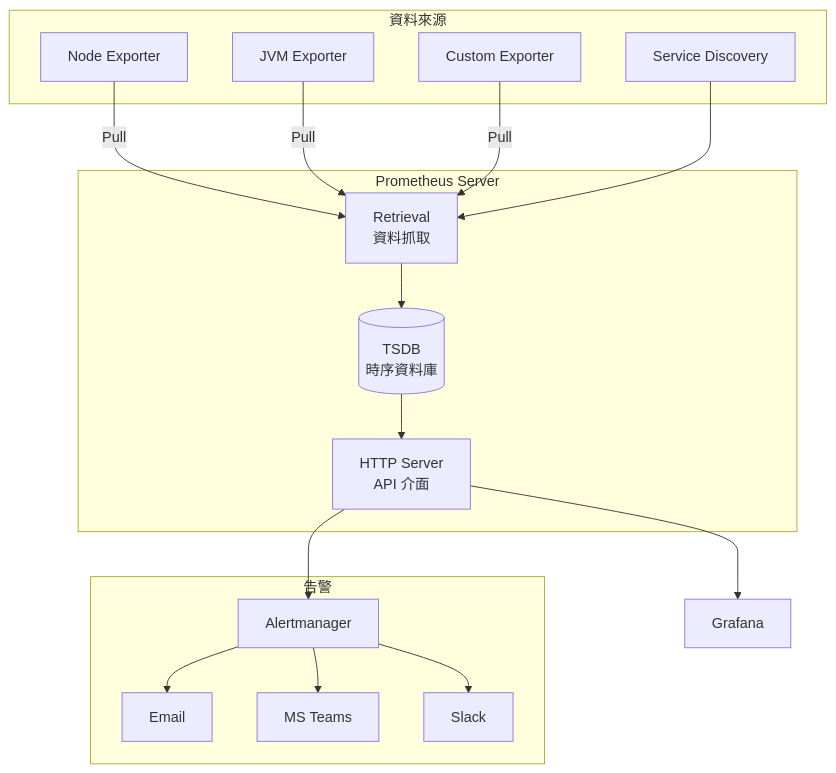
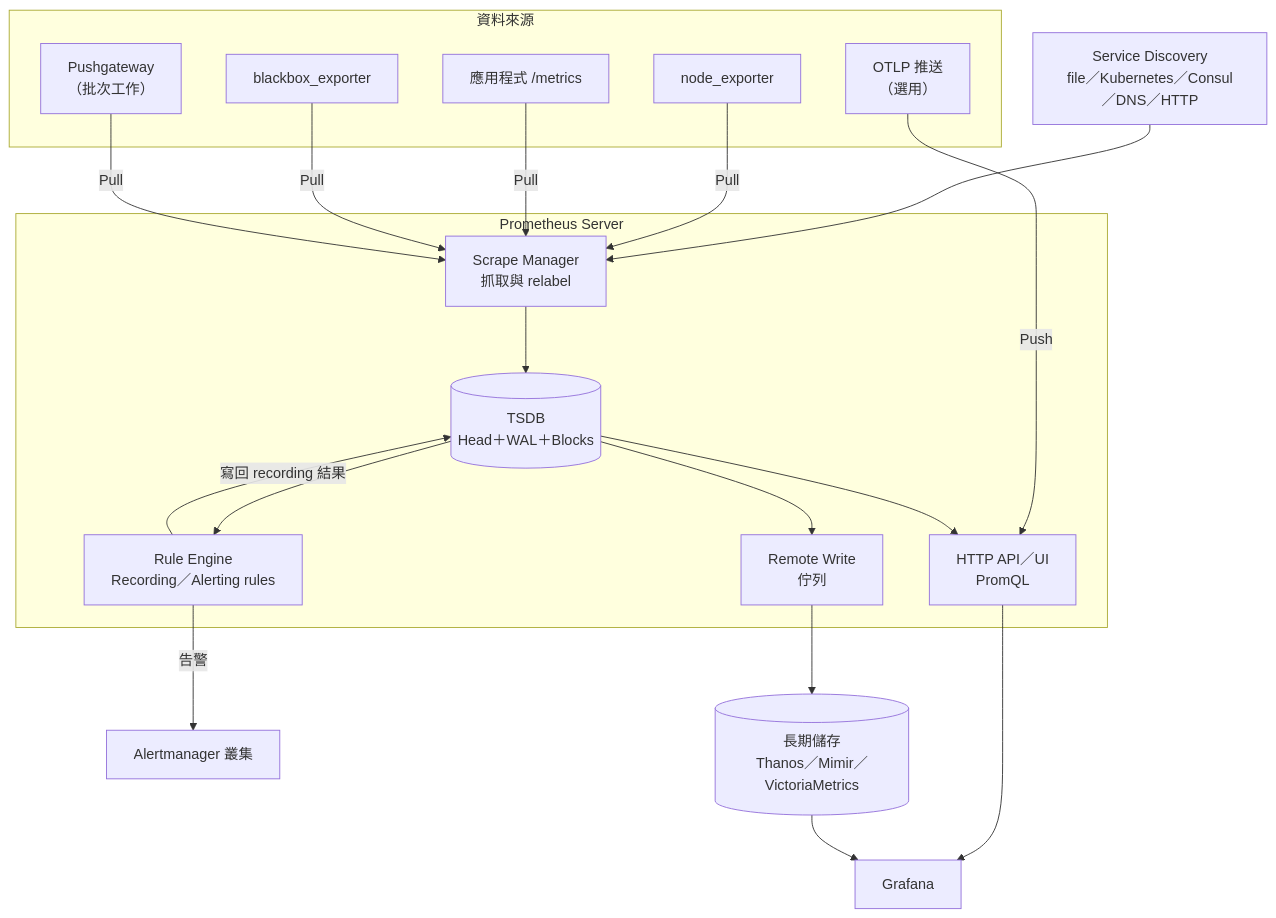
Before and after one commit to chihhung/Blog: the third of 24 diagrams in content/posts/教學/工具/Prometheus與Grafana教學手冊.md, drawn with Mermaid. The commit also changed other lines of this file and 8 other files, not shown here.

````diff
--- a/content/posts/教學/工具/Prometheus與Grafana教學手冊.md
+++ b/content/posts/教學/工具/Prometheus與Grafana教學手冊.md
@@ -206,32 +410,37 @@
 ```mermaid
-graph TB
-    subgraph "Prometheus Server"
-        R[Retrieval<br/>資料抓取]
-        TSDB[(TSDB<br/>時序資料庫)]
-        HTTP[HTTP Server<br/>API 介面]
-        R --> TSDB
-        TSDB --> HTTP
+flowchart TB
+    subgraph Sources["資料來源"]
+        E1["node_exporter"]
+        E2["應用程式 /metrics"]
+        E3["blackbox_exporter"]
+        PG["Pushgateway<br/>（批次工作）"]
+        OT["OTLP 推送<br/>（選用）"]
     end
-    
-    subgraph "資料來源"
-        E1[Node Exporter]
-        E2[JVM Exporter]
-        E3[Custom Exporter]
-        SD[Service Discovery]
+    SD["Service Discovery<br/>file／Kubernetes／Consul／DNS／HTTP"]
+    subgraph Server["Prometheus Server"]
+        SM["Scrape Manager<br/>抓取與 relabel"]
+        TSDB[("TSDB<br/>Head＋WAL＋Blocks")]
+        RE["Rule Engine<br/>Recording／Alerting rules"]
+        API["HTTP API／UI<br/>PromQL"]
+        RW["Remote Write<br/>佇列"]
     end
-    
-    subgraph "告警"
-        AM[Alertmanager]
-        HTTP --> AM
-        AM --> Email[Email]
-        AM --> Teams[MS Teams]
-        AM --> Slack[Slack]
-    end
-    
-    E1 -->|Pull| R
-    E2 -->|Pull| R
-    E3 -->|Pull| R
-    SD --> R
-    
-    HTTP --> Grafana[Grafana]
+    AM["Alertmanager 叢集"]
+    G["Grafana"]
+    LTS[("長期儲存<br/>Thanos／Mimir／VictoriaMetrics")]
+
+    SD --> SM
+    E1 -->|"Pull"| SM
+    E2 -->|"Pull"| SM
+    E3 -->|"Pull"| SM
+    PG -->|"Pull"| SM
+    OT -->|"Push"| API
+    SM --> TSDB
+    TSDB --> RE
+    RE -->|"寫回 recording 結果"| TSDB
+    RE -->|"告警"| AM
+    TSDB --> API
+    TSDB --> RW
+    RW --> LTS
+    API --> G
+    LTS --> G
 ```
````
